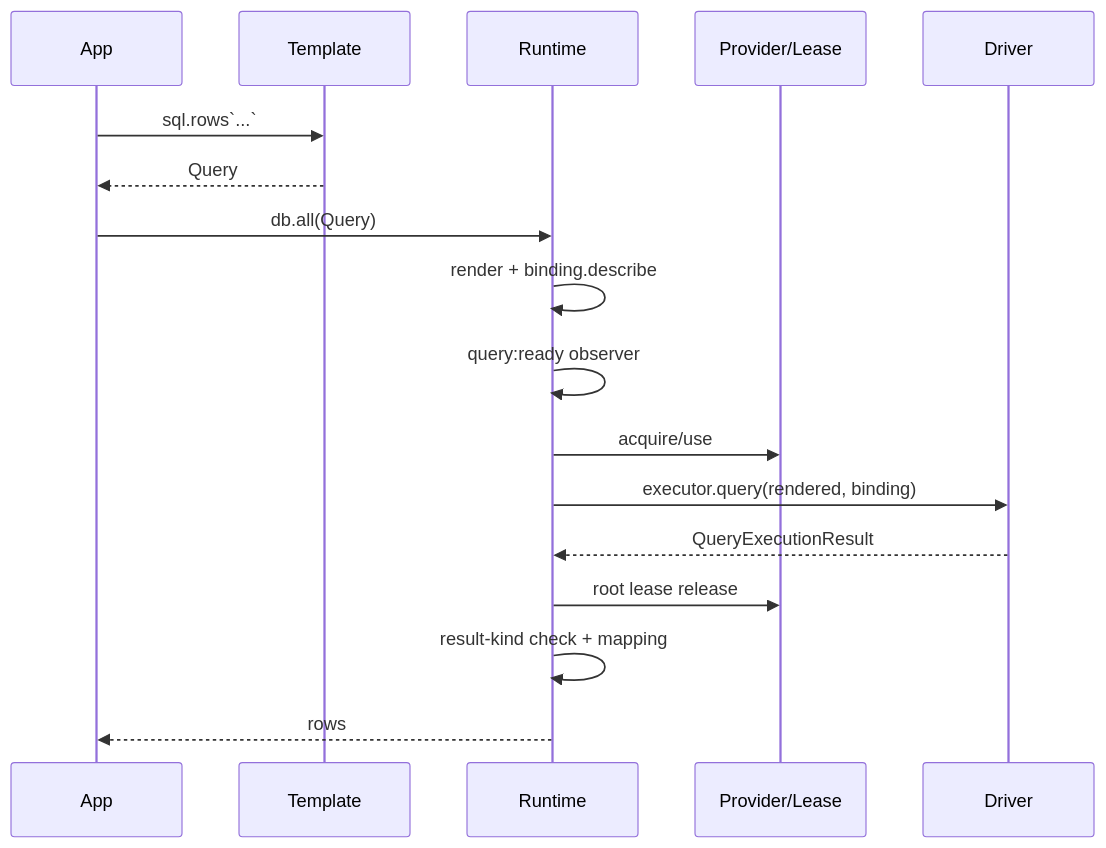
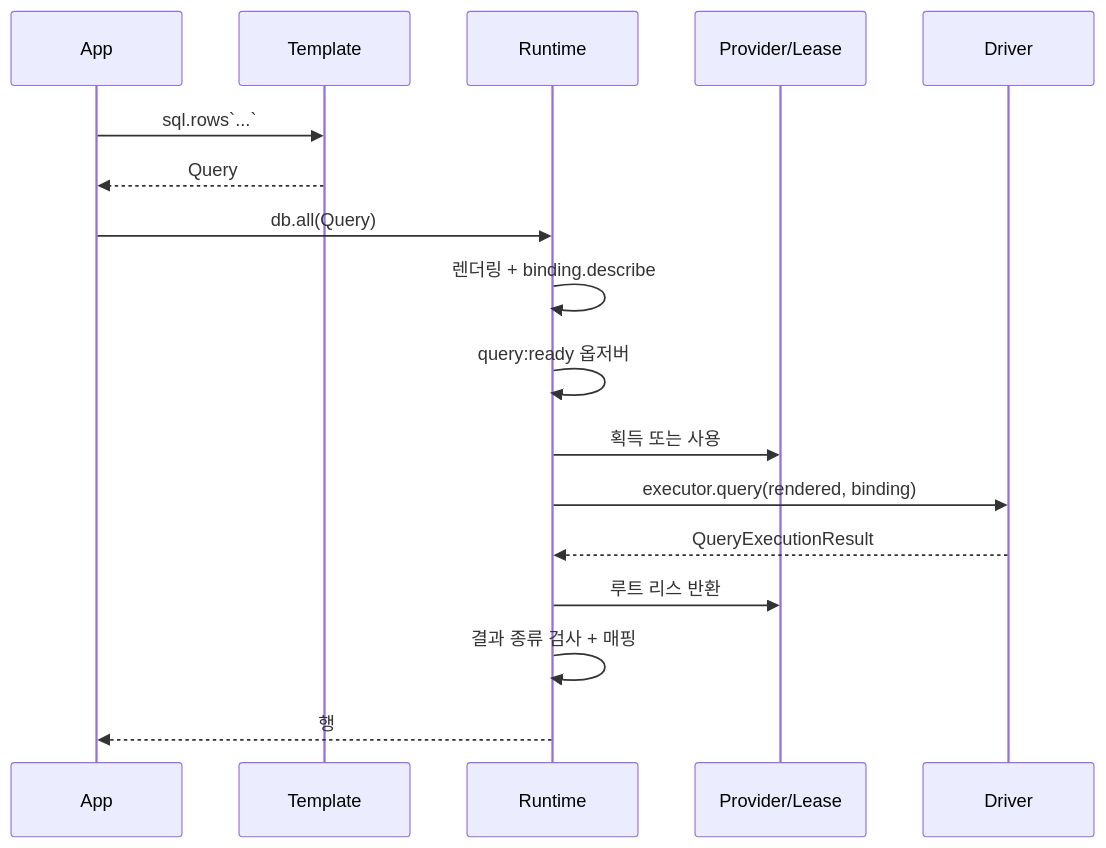
One commit to Clickin/SQLBraid changed the fourth of 5 diagrams in docs/mental-model.ko.md. Above: the diagram before and after it, drawn with Mermaid. The commit also changed other lines of this file and 50 other files, not shown here.

````diff
--- a/docs/mental-model.ko.md
+++ b/docs/mental-model.ko.md
@@ -160,19 +160,19 @@
 ```mermaid
 sequenceDiagram
   participant App
   participant Template
   participant Runtime
   participant Pool as Provider/Lease
   participant Driver
   App->>Template: sql.rows`...`
   Template-->>App: Query
   App->>Runtime: db.all(Query)
-  Runtime->>Runtime: render + binding.describe
-  Runtime->>Runtime: query:ready observer
-  Runtime->>Pool: acquire/use
+  Runtime->>Runtime: 렌더링 + binding.describe
+  Runtime->>Runtime: query:ready 옵저버
+  Runtime->>Pool: 획득 또는 사용
   Runtime->>Driver: executor.query(rendered, binding)
   Driver-->>Runtime: QueryExecutionResult
-  Runtime->>Pool: root lease release
-  Runtime->>Runtime: result-kind check + mapping
-  Runtime-->>App: rows
+  Runtime->>Pool: 루트 리스 반환
+  Runtime->>Runtime: 결과 종류 검사 + 매핑
+  Runtime-->>App: 행
 ```
````
